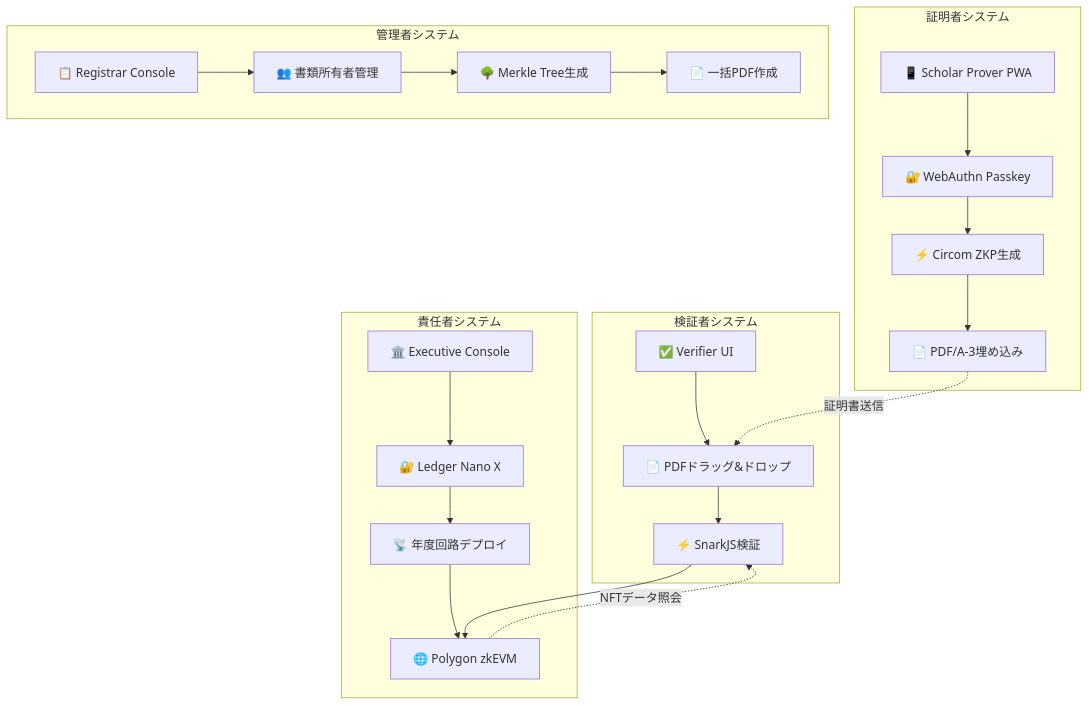
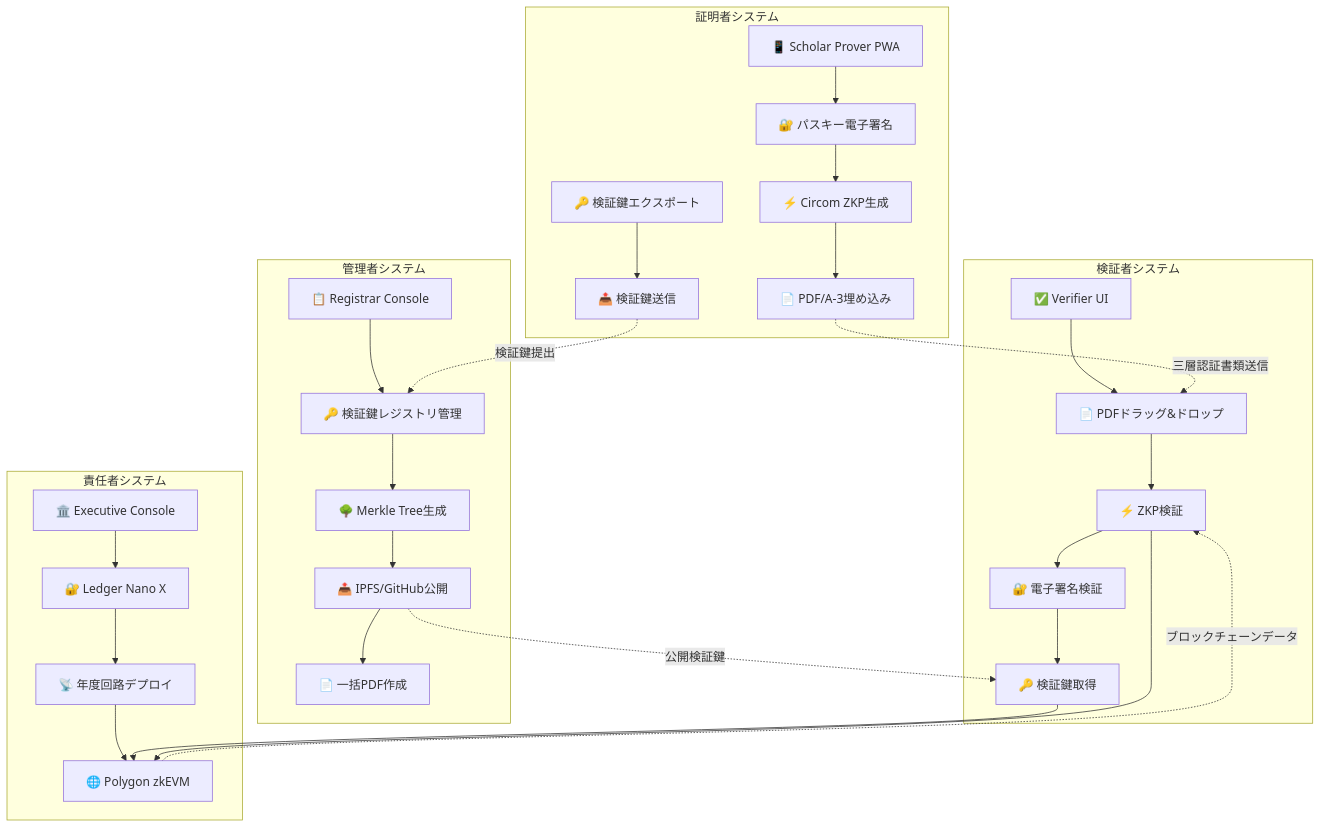
One commit to Blank-Vulture/Tri-CertFramework changed the first of 2 diagrams in README.md. Above: the diagram before and after it, drawn with Mermaid. The commit also changed other lines of this file and 51 other files, not shown here.

````diff
--- a/README.md
+++ b/README.md
@@ -115,29 +117,36 @@
 ```mermaid
 graph TD
     subgraph "証明者システム"
-        A[📱 Scholar Prover PWA] --> B[🔐 WebAuthn Passkey]
+        A[📱 Scholar Prover PWA] --> B[🔐 パスキー電子署名]
         B --> C[⚡ Circom ZKP生成]
         C --> D[📄 PDF/A-3埋め込み]
+        E[🔑 検証鍵エクスポート] --> F[📤 検証鍵送信]
     end
     
     subgraph "責任者システム"
-        E[🏛️ Executive Console] --> F[🔐 Ledger Nano X]
-        F --> G[📡 年度回路デプロイ]
-        G --> H[🌐 Polygon zkEVM]
+        G[🏛️ Executive Console] --> H[🔐 Ledger Nano X]
+        H --> I[📡 年度回路デプロイ]
+        I --> J[🌐 Polygon zkEVM]
     end
     
     subgraph "管理者システム"
-        I[📋 Registrar Console] --> J[👥 書類所有者管理]
-        J --> K[🌳 Merkle Tree生成]
-        K --> L[📄 一括PDF作成]
+        K[📋 Registrar Console] --> L[🔑 検証鍵レジストリ管理]
+        L --> M[🌳 Merkle Tree生成]
+        M --> N[📤 IPFS/GitHub公開]
+        N --> O[📄 一括PDF作成]
     end
     
     subgraph "検証者システム"
-        M[✅ Verifier UI] --> N[📄 PDFドラッグ&ドロップ]
-        N --> O[⚡ SnarkJS検証]
-        O --> H
+        P[✅ Verifier UI] --> Q[📄 PDFドラッグ&ドロップ]
+        Q --> R[⚡ ZKP検証]
+        R --> S[🔐 電子署名検証]
+        S --> T[🔑 検証鍵取得]
+        T --> J
+        R --> J
     end
     
-    D -.->|証明書送信| N
-    H -.->|NFTデータ照会| O
+    D -.->|三層認証書類送信| Q
+    F -.->|検証鍵提出| L
+    N -.->|公開検証鍵| T
+    J -.->|ブロックチェーンデータ| R
 ```
````
